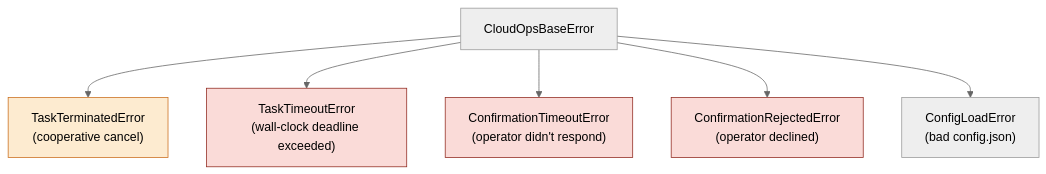
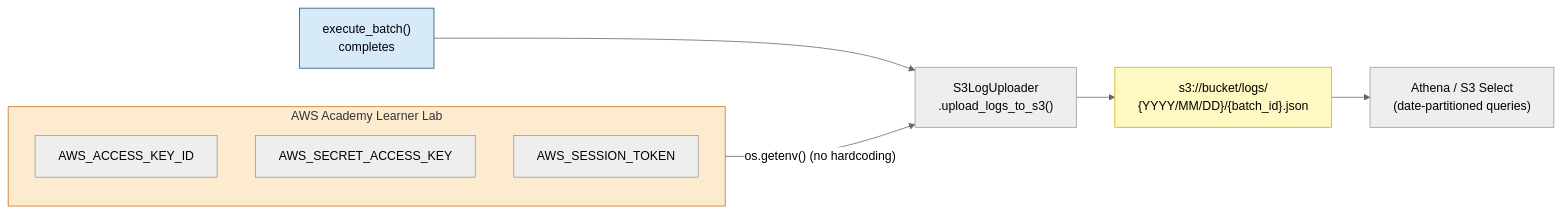
Before and after one commit to citizen204/cloud-ops-ai-agent: the seventh of 8 diagrams in README.md, drawn with Mermaid (neutral theme). The commit also changed other lines of this file, not shown here.

````diff
--- a/README.md
+++ b/README.md
@@ -308,14 +374,18 @@
 ```mermaid
-graph TD
-    CE["CloudOpsBaseError"]
-    CE --> TE["TaskTerminatedError\n(cooperative cancel)"]
-    CE --> TTE["TaskTimeoutError\n(wall-clock deadline exceeded)"]
-    CE --> CTE["ConfirmationTimeoutError\n(operator didn't respond)"]
-    CE --> CRE["ConfirmationRejectedError\n(operator declined)"]
-    CE --> CLE["ConfigLoadError\n(bad config.json)"]
+flowchart LR
+    EB["execute_batch()\ncompletes"] --> UL["S3LogUploader\n.upload_logs_to_s3()"]
+    UL --> S3["s3://bucket/logs/\n{YYYY/MM/DD}/{batch_id}.json"]
+    S3 --> ATH["Athena / S3 Select\n(date-partitioned queries)"]
 
-    style TE fill:#FDEBD0,stroke:#CA6F1E
-    style TTE fill:#FADBD8,stroke:#922B21
-    style CTE fill:#FADBD8,stroke:#922B21
-    style CRE fill:#FADBD8,stroke:#922B21
+    subgraph Credentials["AWS Academy Learner Lab"]
+        AK["AWS_ACCESS_KEY_ID"]
+        SK["AWS_SECRET_ACCESS_KEY"]
+        ST["AWS_SESSION_TOKEN"]
+    end
+
+    Credentials -->|"os.getenv()  (no hardcoding)"| UL
+
+    style EB fill:#D6EAF8,stroke:#1A5276
+    style S3 fill:#FEF9C3,stroke:#D4AC0D
+    style Credentials fill:#FDEBD0,stroke:#CA6F1E
 ```
````
